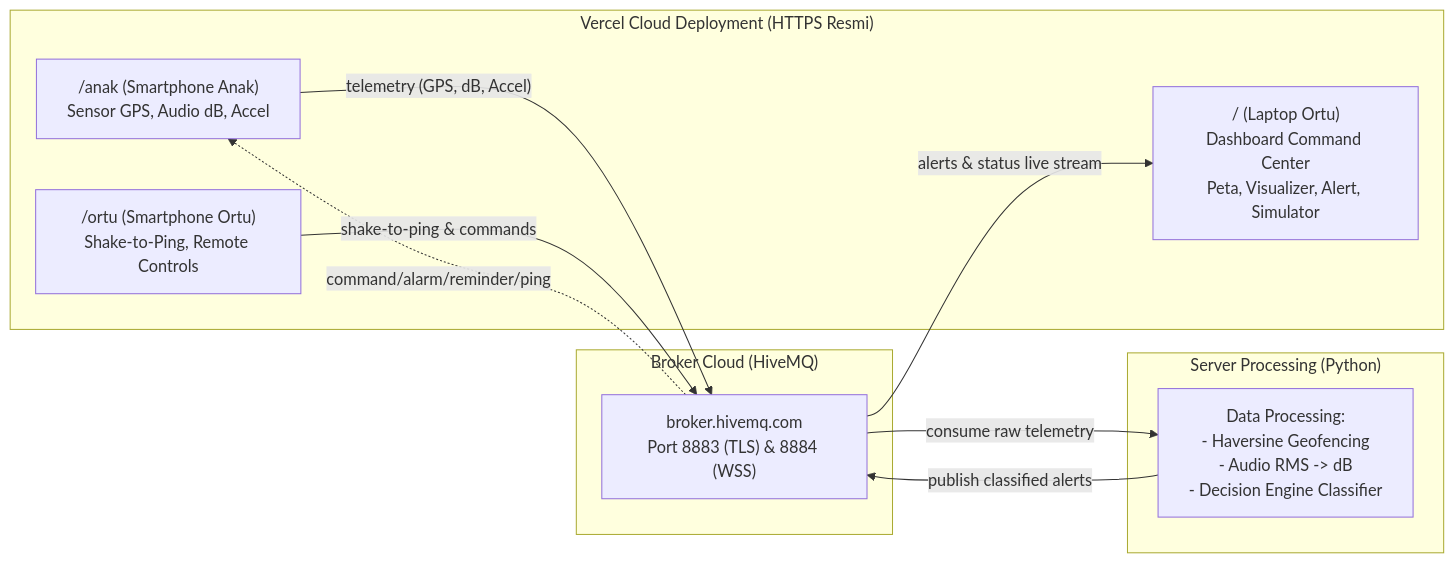
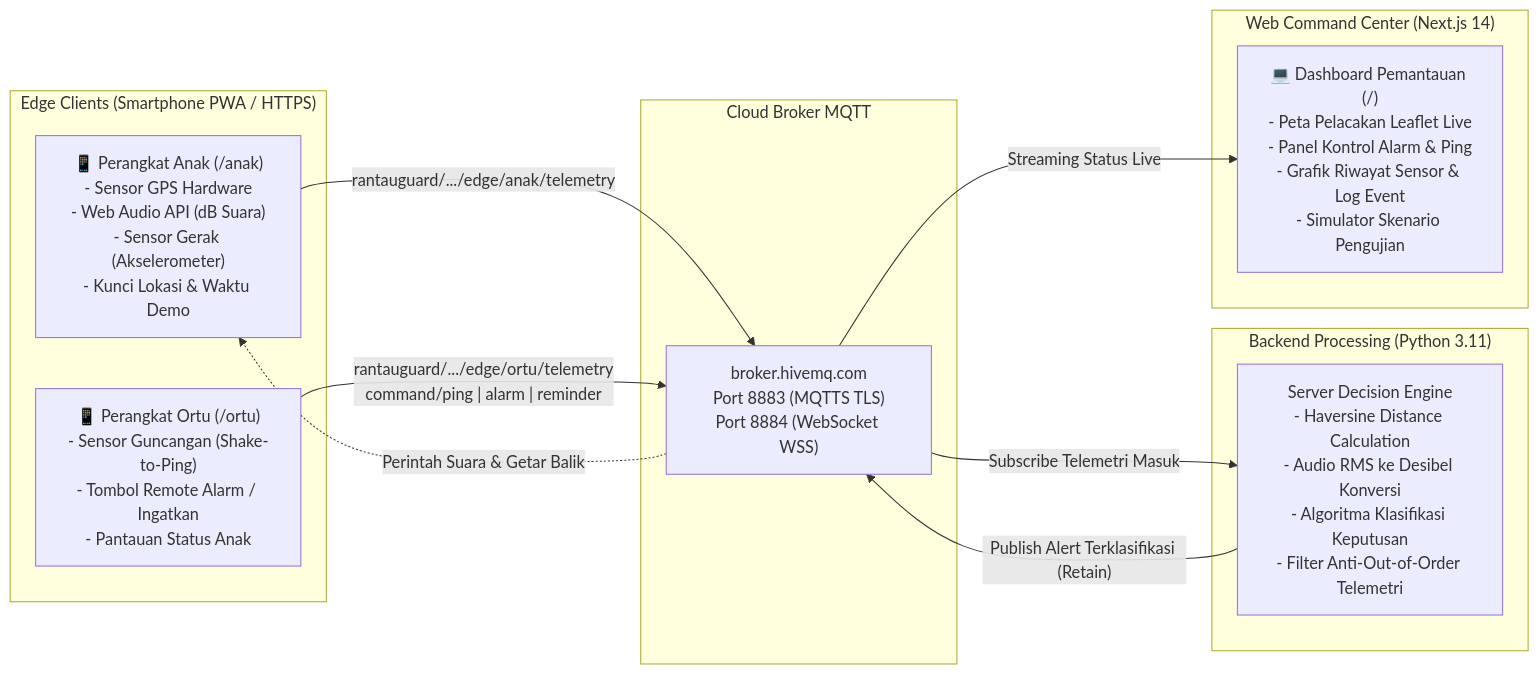
Before and after one commit to chulopp/isDugem: the diagram in README.md, drawn with Mermaid. The commit also changed other lines of this file, not shown here.

````diff
--- a/README.md
+++ b/README.md
@@ -26,23 +61,26 @@
 ```mermaid
 flowchart LR
-    subgraph VercelCloud["Vercel Cloud Deployment (HTTPS Resmi)"]
-        DASH["/ (Laptop Ortu)\nDashboard Command Center\nPeta, Visualizer, Alert, Simulator"]
-        EA["/anak (Smartphone Anak)\nSensor GPS, Audio dB, Accel"]
-        EO["/ortu (Smartphone Ortu)\nShake-to-Ping, Remote Controls"]
+    subgraph EdgeClients["Edge Clients (Smartphone PWA / HTTPS)"]
+        EA["📱 Perangkat Anak (/anak)\n- Sensor GPS Hardware\n- Web Audio API (dB Suara)\n- Sensor Gerak (Akselerometer)\n- Kunci Lokasi & Waktu Demo"]
+        EO["📱 Perangkat Ortu (/ortu)\n- Sensor Guncangan (Shake-to-Ping)\n- Tombol Remote Alarm / Ingatkan\n- Pantauan Status Anak"]
     end
 
-    subgraph CloudBroker["Broker Cloud (HiveMQ)"]
-        MQTT["broker.hivemq.com\nPort 8883 (TLS) & 8884 (WSS)"]
+    subgraph BrokerCloud["Cloud Broker MQTT"]
+        MQTT["broker.hivemq.com\nPort 8883 (MQTTS TLS)\nPort 8884 (WebSocket WSS)"]
     end
 
-    subgraph Backend["Server Processing (Python)"]
-        PROC["Data Processing:\n- Haversine Geofencing\n- Audio RMS -> dB\n- Decision Engine Classifier"]
+    subgraph BackendEngine["Backend Processing (Python 3.11)"]
+        ENGINE["Server Decision Engine\n- Haversine Distance Calculation\n- Audio RMS ke Desibel Konversi\n- Algoritma Klasifikasi Keputusan\n- Filter Anti-Out-of-Order Telemetri"]
     end
 
-    EA -->|"telemetry (GPS, dB, Accel)"| MQTT
-    EO -->|"shake-to-ping & commands"| MQTT
-    MQTT -->|"consume raw telemetry"| PROC
-    PROC -->|"publish classified alerts"| MQTT
-    MQTT -->|"alerts & status live stream"| DASH
-    MQTT -.->|"command/alarm/reminder/ping"| EA
+    subgraph CommandCenter["Web Command Center (Next.js 14)"]
+        DASH["💻 Dashboard Pemantauan (/)\n- Peta Pelacakan Leaflet Live\n- Panel Kontrol Alarm & Ping\n- Grafik Riwayat Sensor & Log Event\n- Simulator Skenario Pengujian"]
+    end
+
+    EA -->|"rantauguard/.../edge/anak/telemetry"| MQTT
+    EO -->|"rantauguard/.../edge/ortu/telemetry\ncommand/ping | alarm | reminder"| MQTT
+    MQTT -->|"Subscribe Telemetri Masuk"| ENGINE
+    ENGINE -->|"Publish Alert Terklasifikasi (Retain)"| MQTT
+    MQTT -->|"Streaming Status Live"| DASH
+    MQTT -.->|"Perintah Suara & Getar Balik"| EA
 ```
````
